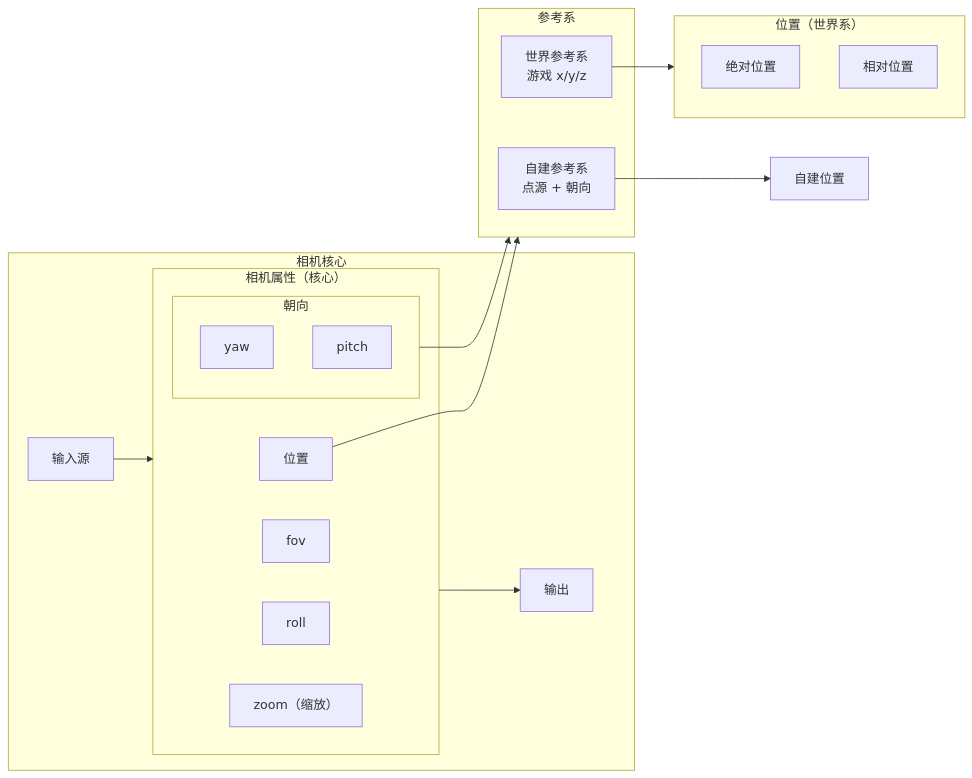
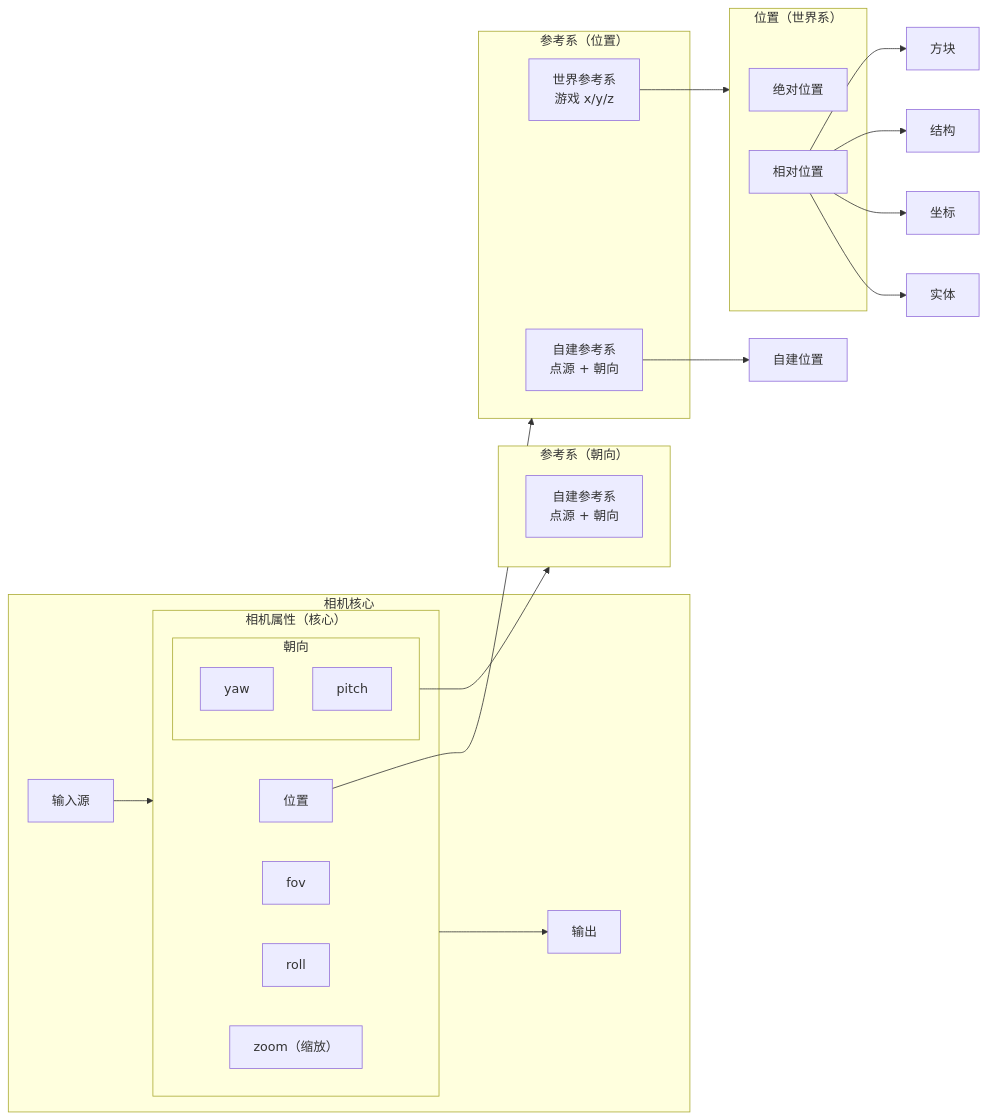
The diagram in plans/0.3.6/mod-architecture.md (SanZiNEO/ImmersiveCinematics), drawn with Mermaid before and after one commit.

Commit message:
docs(plans): 架构图：相对位置来源、参考系按位置/朝向拆盒

````diff
--- a/plans/0.3.6/mod-architecture.md
+++ b/plans/0.3.6/mod-architecture.md
@@ -1,31 +1,38 @@
 ```mermaid
 flowchart LR
     subgraph CAM["相机核心"]
         SRC["输入源"]
         subgraph CORE["相机属性（核心）"]
             POS["位置"]
             subgraph ORI["朝向"]
                 Y["yaw"]
                 PI["pitch"]
             end
             FOV["fov"]
             R["roll"]
             Z["zoom（缩放）"]
         end
         DEST["输出"]
         SRC --> CORE
         CORE --> DEST
     end
-    subgraph FRAMES["参考系"]
+    subgraph FP["参考系（位置）"]
         W["世界参考系<br/>游戏 x/y/z"]
         SELF["自建参考系<br/>点源 + 朝向"]
+    end
+    subgraph FO["参考系（朝向）"]
+        SELF2["自建参考系<br/>点源 + 朝向"]
     end
     subgraph WPOS["位置（世界系）"]
         ABS["绝对位置"]
         REL["相对位置"]
     end
-    POS --> FRAMES
-    ORI --> FRAMES
+    POS --> FP
+    ORI --> FO
     W --> WPOS
     SELF --> SELFPOS["自建位置"]
+    REL --> ENT["实体"]
+    REL --> COORD["坐标"]
+    REL --> STRUCT["结构"]
+    REL --> BLOCK["方块"]
 ```
````
